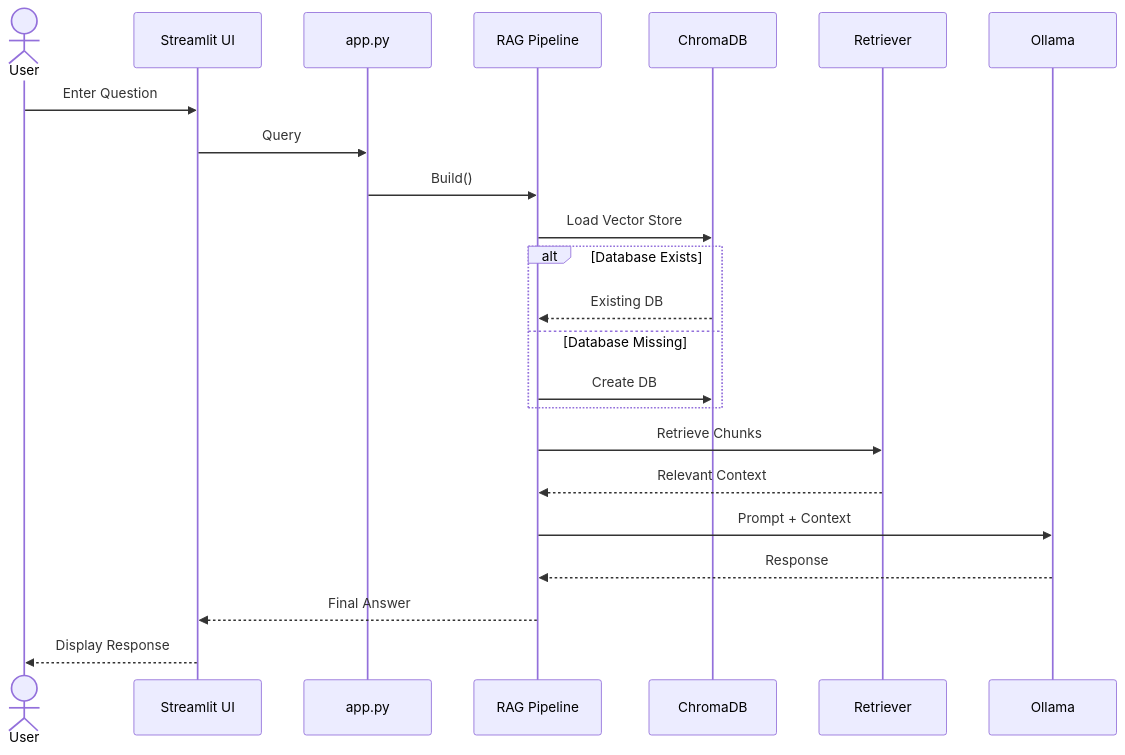
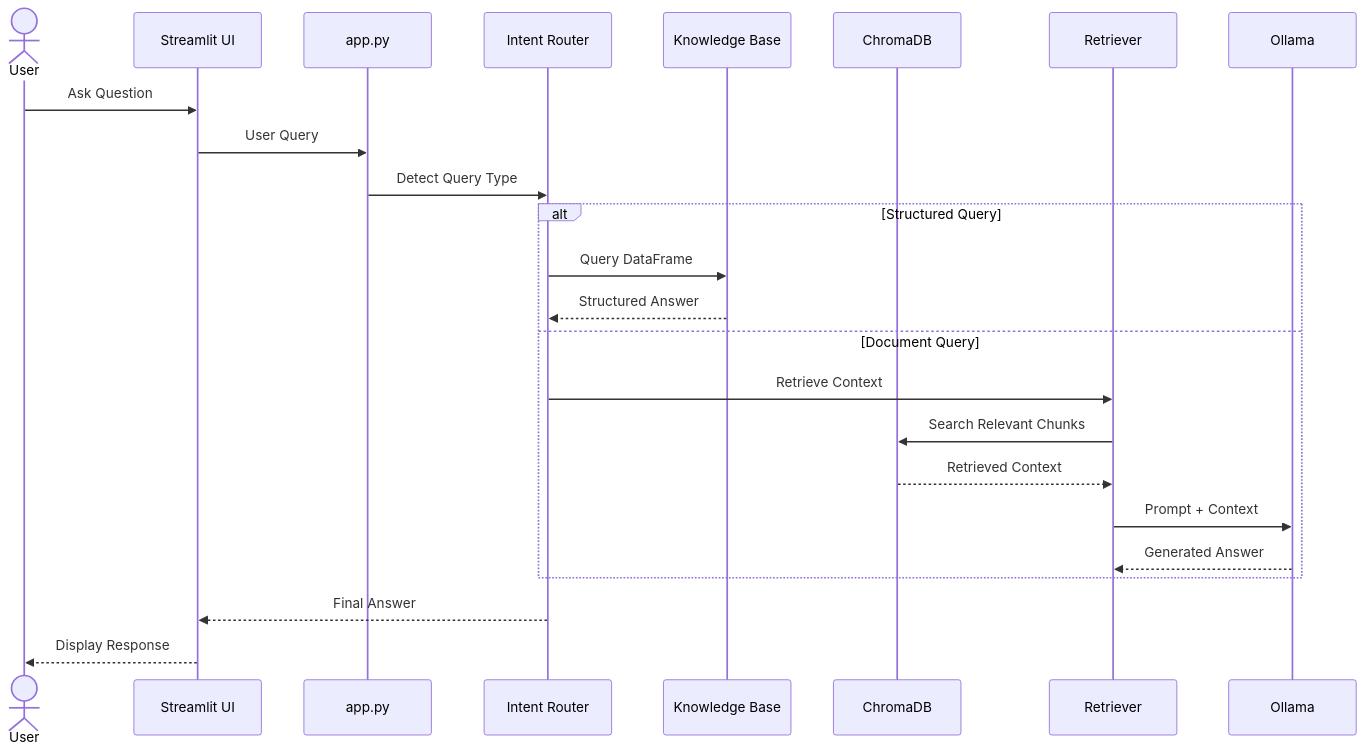
The second of 4 diagrams in README.md (Renuka-Kamani/placement_intelligence_rag), drawn with Mermaid before and after one commit. The commit also changed other lines of this file, not shown here.

````diff
--- a/README.md
+++ b/README.md
@@ -129,38 +220,43 @@
-```mermaid
+```mermaid id="7mzn91"
 sequenceDiagram
 
 actor User
 
 participant UI as Streamlit UI
 participant App as app.py
-participant Pipeline as RAG Pipeline
-participant VectorDB as ChromaDB
+participant Router as Intent Router
+participant KB as Knowledge Base
+participant DB as ChromaDB
 participant Retriever
 participant Ollama
 
-User->>UI: Enter Question
+User->>UI: Ask Question
 
-UI->>App: Query
+UI->>App: User Query
 
-App->>Pipeline: Build()
+App->>Router: Detect Query Type
 
-Pipeline->>VectorDB: Load Vector Store
+alt Structured Query
 
-alt Database Exists
-    VectorDB-->>Pipeline: Existing DB
-else Database Missing
-    Pipeline->>VectorDB: Create DB
+Router->>KB: Query DataFrame
+
+KB-->>Router: Structured Answer
+
+else Document Query
+
+Router->>Retriever: Retrieve Context
+
+Retriever->>DB: Search Relevant Chunks
+
+DB-->>Retriever: Retrieved Context
+
+Retriever->>Ollama: Prompt + Context
+
+Ollama-->>Retriever: Generated Answer
+
 end
 
-Pipeline->>Retriever: Retrieve Chunks
-
-Retriever-->>Pipeline: Relevant Context
-
-Pipeline->>Ollama: Prompt + Context
-
-Ollama-->>Pipeline: Response
-
-Pipeline-->>UI: Final Answer
+Router-->>UI: Final Answer
 
 UI-->>User: Display Response
 ```
````
